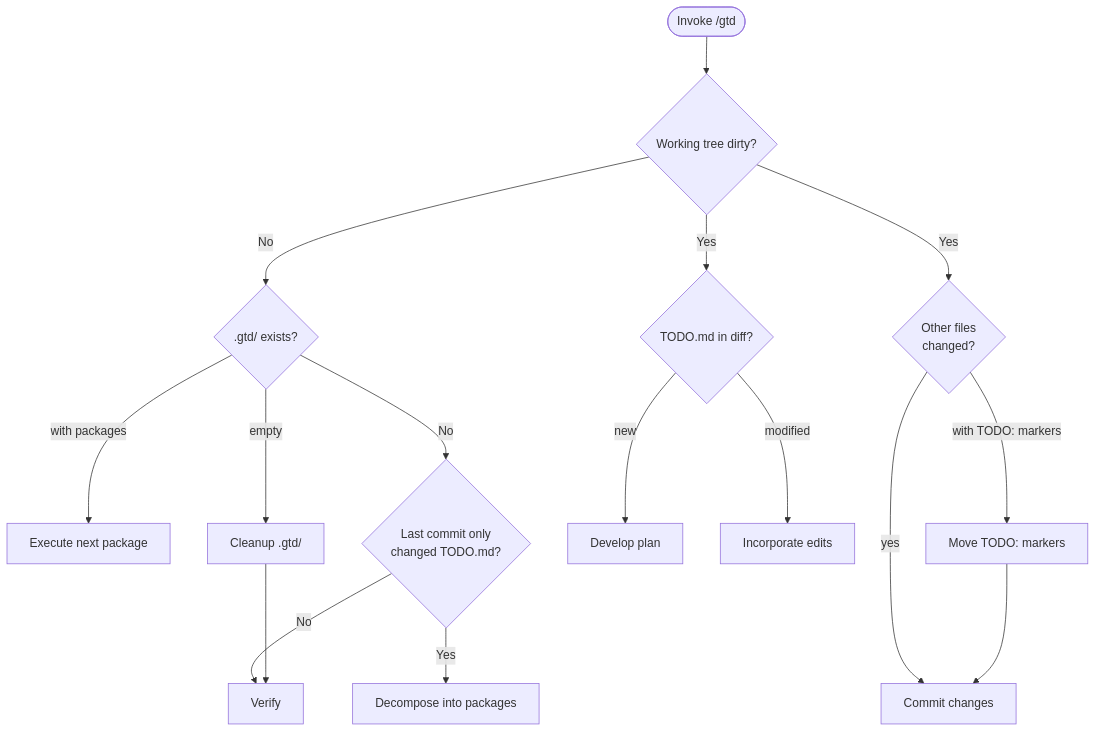
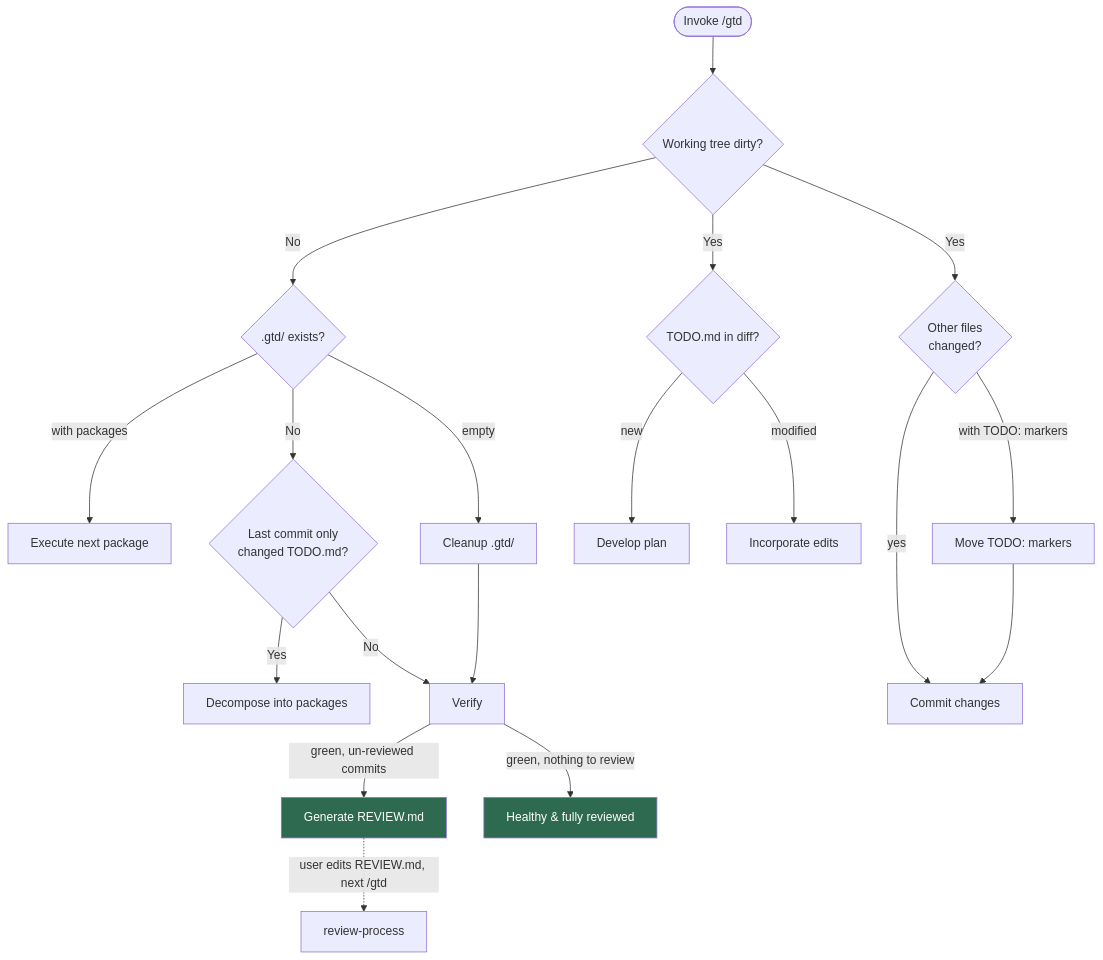
Before and after one commit to pmelab/gtd: the diagram in README.md, drawn with Mermaid. The commit also changed other lines of this file and 8 other files, not shown here.

First line of the commit message:
test(gtd): cover human-review/verified workflow and update docs

````diff
--- a/README.md
+++ b/README.md
@@ -83,18 +87,22 @@
 ```mermaid
 flowchart TD
     Start([Invoke /gtd]) --> Dirty{Working tree dirty?}
     Dirty -->|No| Gtd{.gtd/ exists?}
     Gtd -->|with packages| Execute[Execute next package]
     Gtd -->|empty| Cleanup[Cleanup .gtd/]
     Gtd -->|No| Last{Last commit only<br/>changed TODO.md?}
     Last -->|Yes| Decompose[Decompose into packages]
     Last -->|No| Verify[Verify]
     Dirty -->|Yes| Todo{TODO.md in diff?}
     Todo -->|new| Seed[Develop plan]
     Todo -->|modified| Refine[Incorporate edits]
     Dirty -->|Yes| Other{Other files<br/>changed?}
     Other -->|with TODO: markers| Markers[Move TODO: markers]
     Other -->|yes| Commit[Commit changes]
     Markers --> Commit
     Cleanup --> Verify
+    Verify -->|green, un-reviewed commits| HumanReview[Generate REVIEW.md]:::terminal
+    Verify -->|green, nothing to review| Verified[Healthy & fully reviewed]:::terminal
+    HumanReview -.->|user edits REVIEW.md, next /gtd| ReviewProcess[review-process]
+    classDef terminal fill:#2d6a4f,color:#fff
 ```
````
